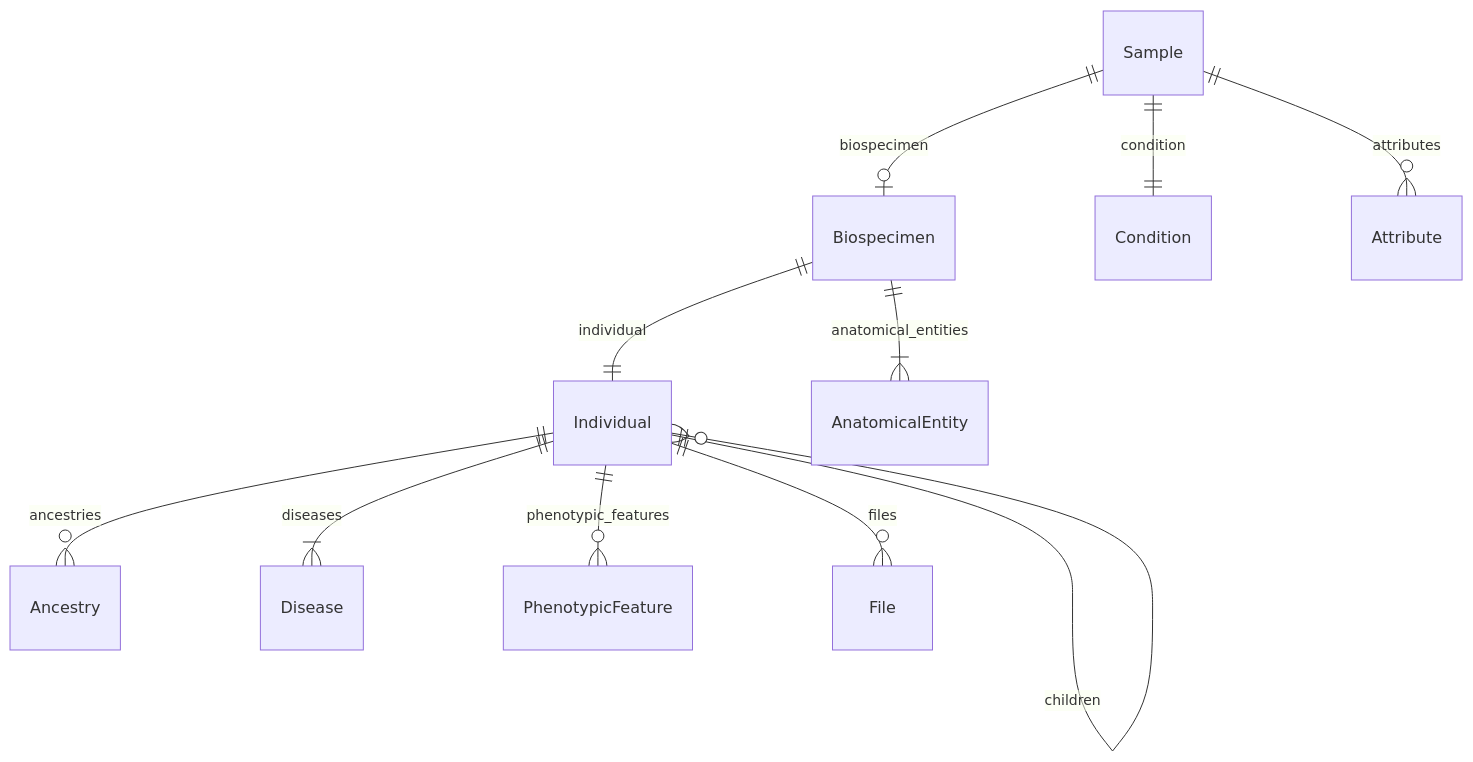
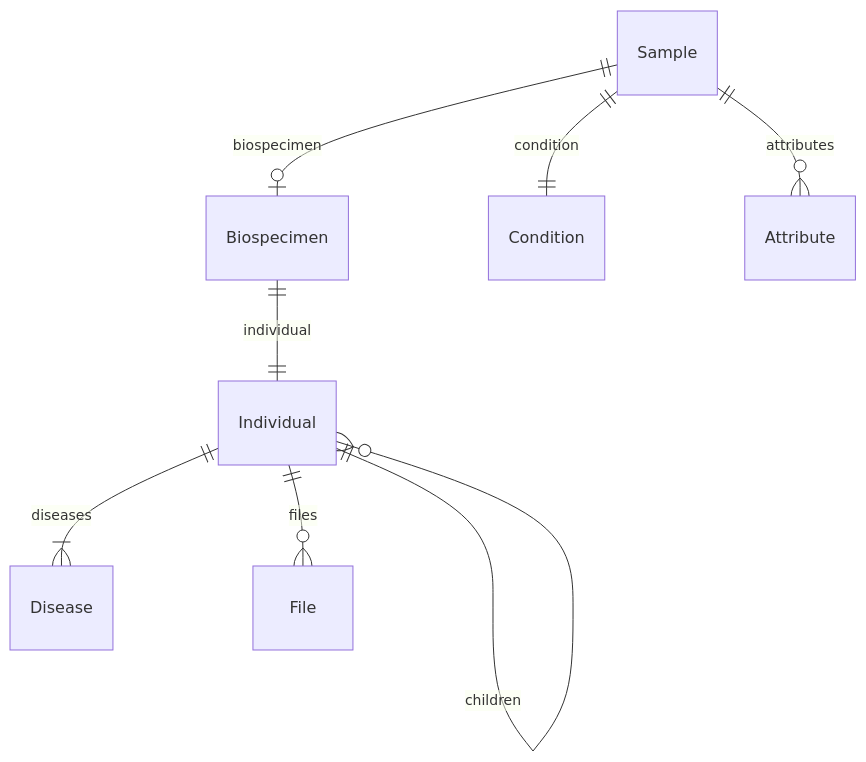
Before and after one commit to ghga-de/ghga-metadata-schema: the second of 7 diagrams in docs/entity_relations.md, drawn with Mermaid. The commit also changed other lines of this file and 105 other files, not shown here.

````diff
--- a/docs/entity_relations.md
+++ b/docs/entity_relations.md
@@ -176,25 +156,22 @@
 ```mermaid
 erDiagram
 Individual {
 
 }
 Biospecimen {
 
 }
 Sample {
 
 }
 
-Individual ||--}o Ancestry : "ancestries"
 Individual ||--}o Individual : "parents"
 Individual ||--}o Individual : "children"
 Individual ||--}| Disease : "diseases"
-Individual ||--}o PhenotypicFeature : "phenotypic_features"
 Individual ||--}o File : "files"
 Biospecimen ||--|| Individual : "individual"
-Biospecimen ||--}| AnatomicalEntity : "anatomical_entities"
 Sample ||--|o Biospecimen : "biospecimen"
 Sample ||--|| Condition : "condition"
 Sample ||--}o Attribute : "attributes"
 
 ```
````
